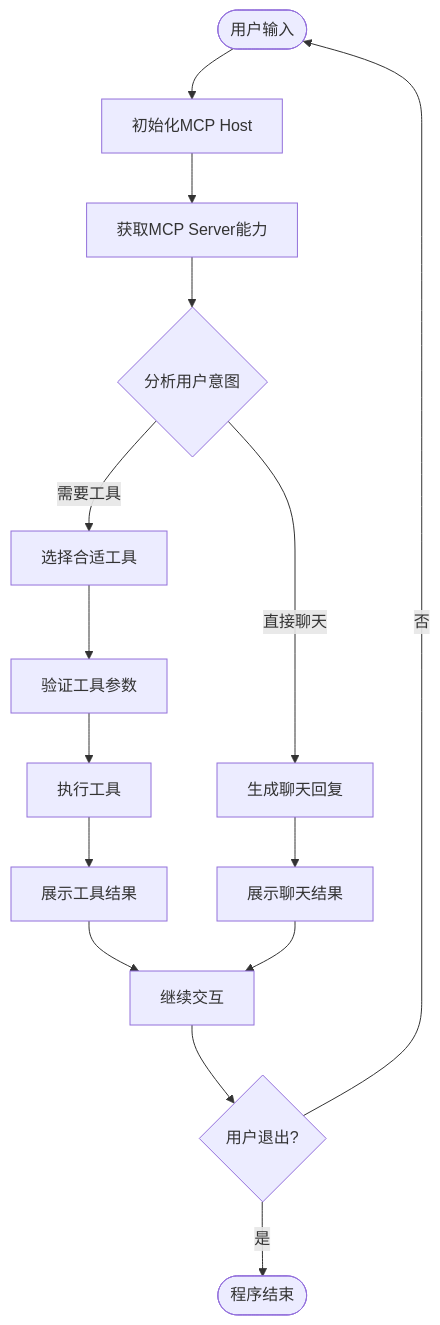
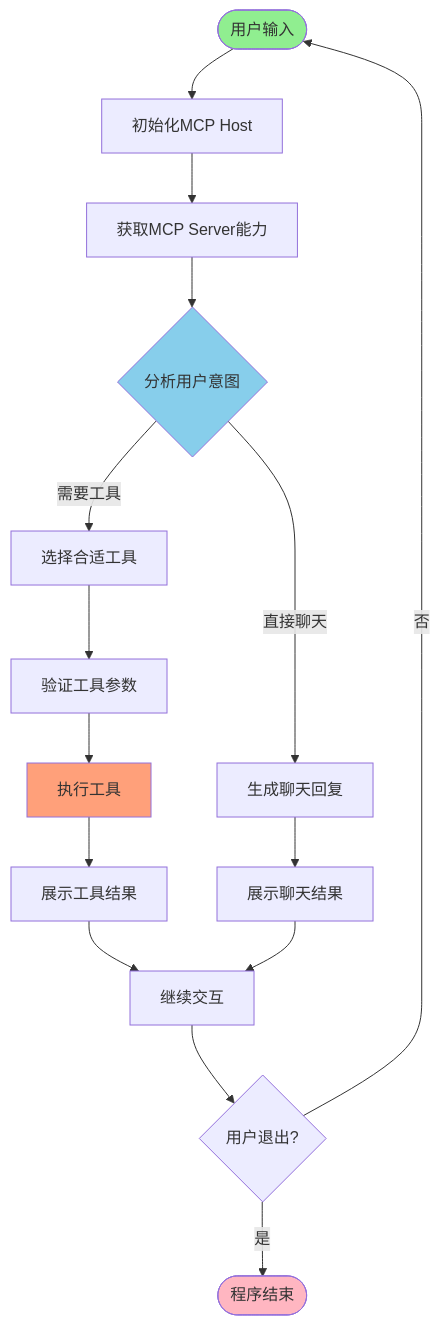
One commit to rainj2013/blog changed the first of 2 diagrams in posts/通用mcp host的system prompt怎么写.md. Above: the diagram before and after it, drawn with Mermaid. The commit also changed other lines of this file and 5 other files, not shown here.

````diff
--- a/posts/通用mcp host的system prompt怎么写.md
+++ b/posts/通用mcp host的system prompt怎么写.md
@@ -15,22 +17,27 @@
 ```mermaid
 flowchart TD
     Start([用户输入]) --> Init[初始化MCP Host]
     Init --> GetCap[获取MCP Server能力]
     GetCap --> Analyze{分析用户意图}
     
     Analyze -->|需要工具| SelectTool[选择合适工具]
     Analyze -->|直接聊天| ChatReply[生成聊天回复]
     
     SelectTool --> Validate[验证工具参数]
     Validate --> Execute[执行工具]
     Execute --> ShowResult[展示工具结果]
     
     ChatReply --> ShowChat[展示聊天结果]
     
     ShowResult --> Continue[继续交互]
     ShowChat --> Continue
     
     Continue --> End{用户退出?}
     End -->|否| Start
     End -->|是| Exit([程序结束])
+    
+    style Start fill:#90EE90
+    style Exit fill:#FFB6C1
+    style Analyze fill:#87CEEB
+    style Execute fill:#FFA07A
 ```
````
